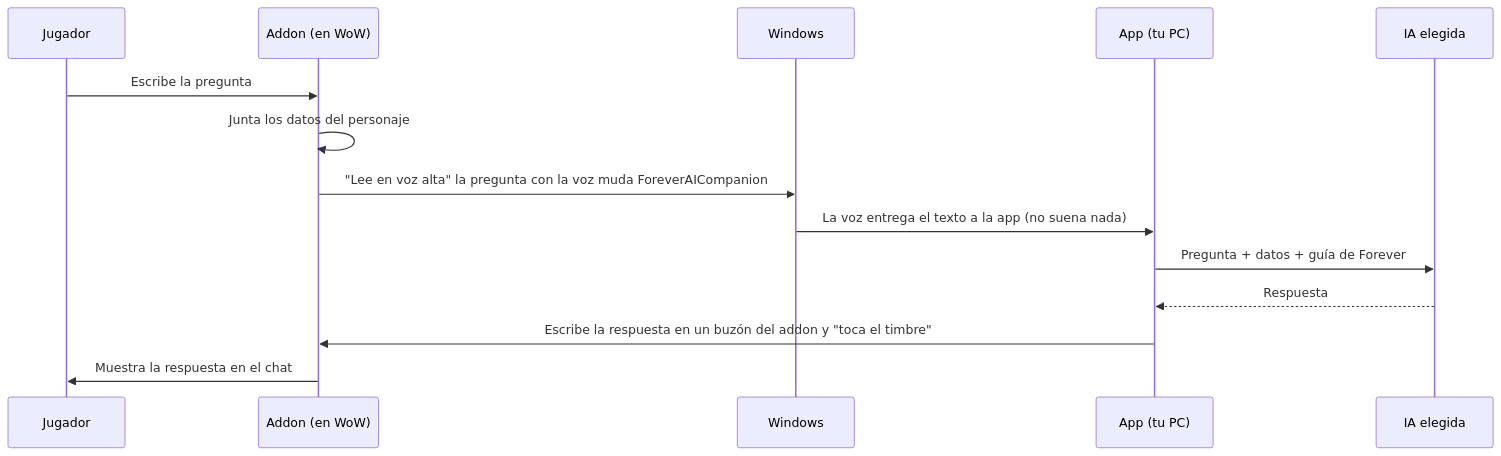
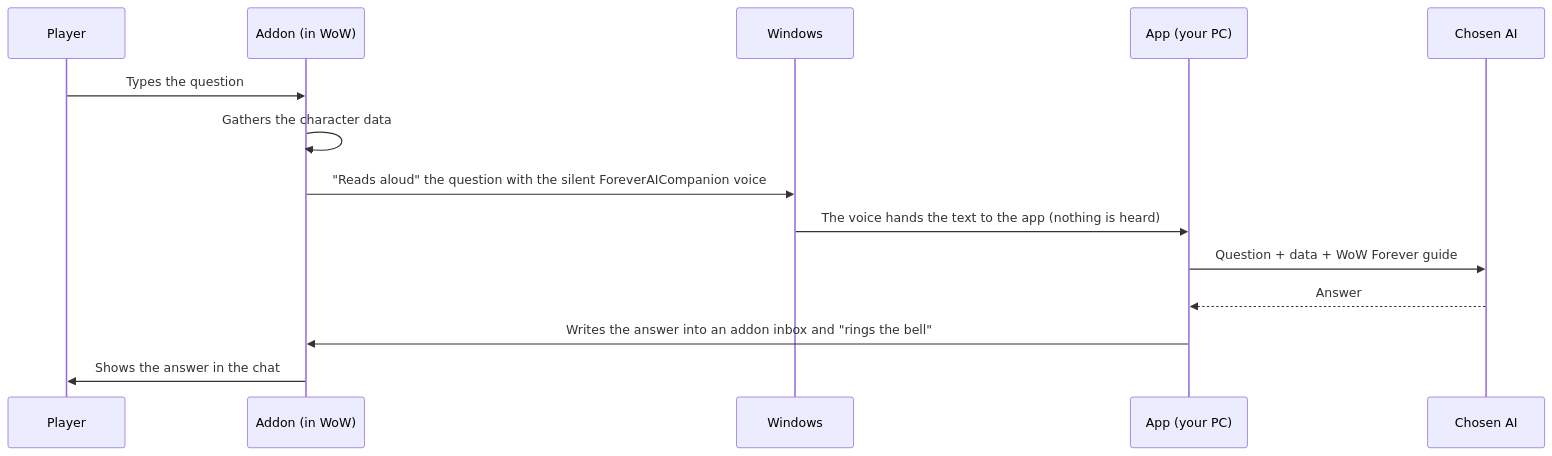
One commit to Akrota/forever-ai-companion changed the diagram in README.md. Above: the diagram before and after it, drawn with Mermaid. The commit also changed other lines of this file and 63 other files, not shown here.

````diff
--- a/README.md
+++ b/README.md
@@ -139,16 +160,16 @@
 ```mermaid
 sequenceDiagram
-    participant J as Jugador
-    participant A as Addon (en WoW)
+    participant P as Player
+    participant A as Addon (in WoW)
     participant W as Windows
-    participant P as App (tu PC)
-    participant IA as IA elegida
-    J->>A: Escribe la pregunta
-    A->>A: Junta los datos del personaje
-    A->>W: "Lee en voz alta" la pregunta con la voz muda ForeverAICompanion
-    W->>P: La voz entrega el texto a la app (no suena nada)
-    P->>IA: Pregunta + datos + guía de Forever
-    IA-->>P: Respuesta
-    P->>A: Escribe la respuesta en un buzón del addon y "toca el timbre"
-    A->>J: Muestra la respuesta en el chat
+    participant C as App (your PC)
+    participant AI as Chosen AI
+    P->>A: Types the question
+    A->>A: Gathers the character data
+    A->>W: "Reads aloud" the question with the silent ForeverAICompanion voice
+    W->>C: The voice hands the text to the app (nothing is heard)
+    C->>AI: Question + data + WoW Forever guide
+    AI-->>C: Answer
+    C->>A: Writes the answer into an addon inbox and "rings the bell"
+    A->>P: Shows the answer in the chat
 ```
````
